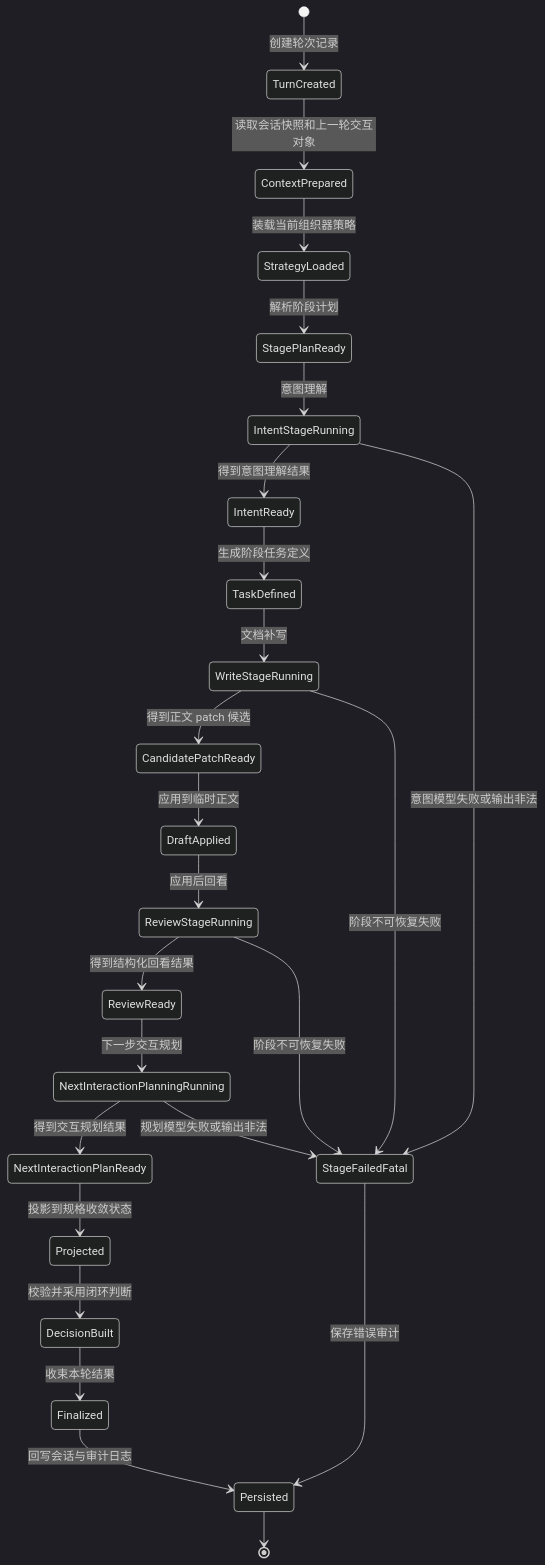
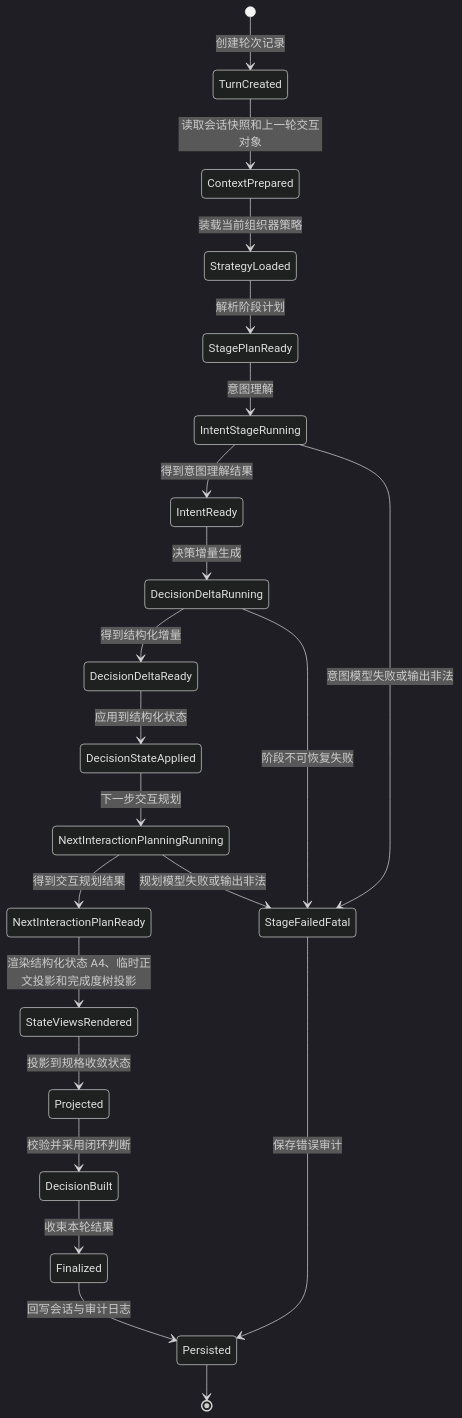
One commit to wgwtest/CodeFactoryV2 changed diagram 23 of 35 in DOC/CODEX_DOC/02_设计说明/P2_需求分析系统/P2-需求分析系统设计.md. Above: the diagram before and after it, drawn with Mermaid (dark theme). The commit also changed other lines of this file and 37 other files, not shown here.

Commit message:
feat: refine p2 requirement analysis decision flow

````diff
--- a/DOC/CODEX_DOC/02_设计说明/P2_需求分析系统/P2-需求分析系统设计.md
+++ b/DOC/CODEX_DOC/02_设计说明/P2_需求分析系统/P2-需求分析系统设计.md
@@ -2903,27 +2916,24 @@
 ```mermaid
 stateDiagram-v2
   [*] --> TurnCreated: 创建轮次记录
   TurnCreated --> ContextPrepared: 读取会话快照和上一轮交互对象
   ContextPrepared --> StrategyLoaded: 装载当前组织器策略
   StrategyLoaded --> StagePlanReady: 解析阶段计划
   StagePlanReady --> IntentStageRunning: 意图理解
   IntentStageRunning --> IntentReady: 得到意图理解结果
-  IntentReady --> TaskDefined: 生成阶段任务定义
-  TaskDefined --> WriteStageRunning: 文档补写
-  WriteStageRunning --> CandidatePatchReady: 得到正文 patch 候选
-  CandidatePatchReady --> DraftApplied: 应用到临时正文
-  DraftApplied --> ReviewStageRunning: 应用后回看
-  ReviewStageRunning --> ReviewReady: 得到结构化回看结果
-  ReviewReady --> NextInteractionPlanningRunning: 下一步交互规划
+  IntentReady --> DecisionDeltaRunning: 决策增量生成
+  DecisionDeltaRunning --> DecisionDeltaReady: 得到结构化增量
+  DecisionDeltaReady --> DecisionStateApplied: 应用到结构化状态
+  DecisionStateApplied --> NextInteractionPlanningRunning: 下一步交互规划
   NextInteractionPlanningRunning --> NextInteractionPlanReady: 得到交互规划结果
-  NextInteractionPlanReady --> Projected: 投影到规格收敛状态
+  NextInteractionPlanReady --> StateViewsRendered: 渲染结构化状态 A4、临时正文投影和完成度树投影
+  StateViewsRendered --> Projected: 投影到规格收敛状态
   Projected --> DecisionBuilt: 校验并采用闭环判断
   DecisionBuilt --> Finalized: 收束本轮结果
   Finalized --> Persisted: 回写会话与审计日志
   IntentStageRunning --> StageFailedFatal: 意图模型失败或输出非法
-  WriteStageRunning --> StageFailedFatal: 阶段不可恢复失败
-  ReviewStageRunning --> StageFailedFatal: 阶段不可恢复失败
+  DecisionDeltaRunning --> StageFailedFatal: 阶段不可恢复失败
   NextInteractionPlanningRunning --> StageFailedFatal: 规划模型失败或输出非法
   StageFailedFatal --> Persisted: 保存错误审计
   Persisted --> [*]
 ```
````
